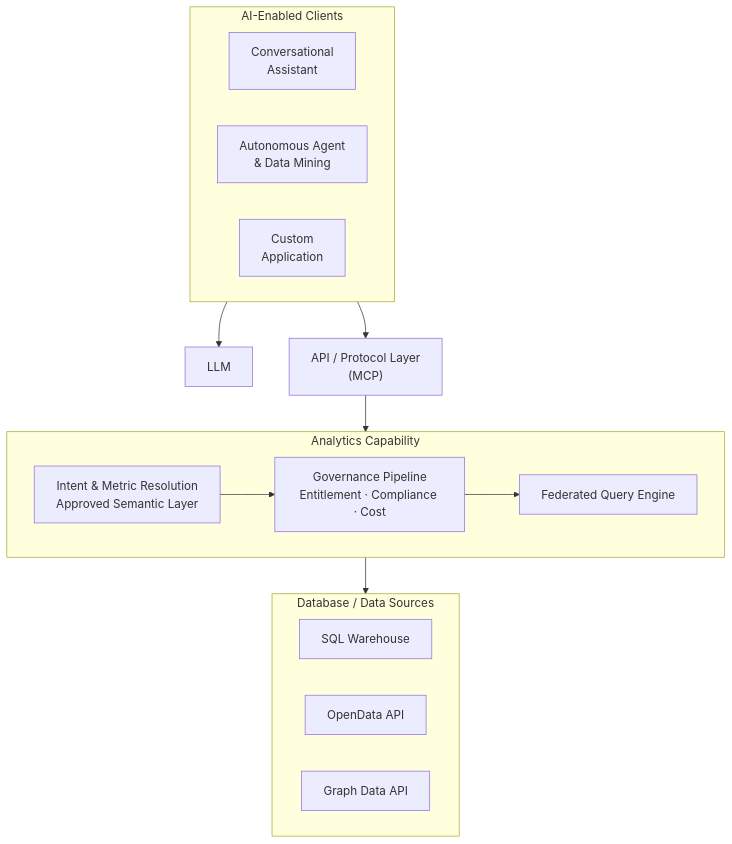
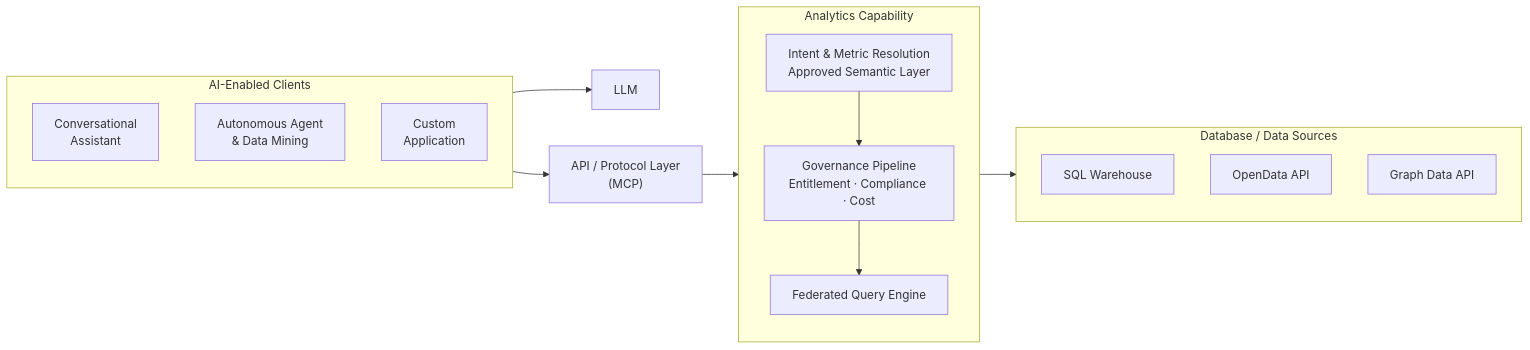
Before and after one commit to M-A-Operating-System/shared-work: the second of 2 diagrams in docs/product/analytics/00-overview.md, drawn with Mermaid. The commit also changed other lines of this file, not shown here.

First line of the commit message:
docs(analytics): remove HTML table, stack diagrams vertically with LR outer TB inner

````diff
--- a/docs/product/analytics/00-overview.md
+++ b/docs/product/analytics/00-overview.md
@@ -142,29 +139,29 @@
 ```mermaid
-flowchart TB
+flowchart LR
     subgraph clients["AI-Enabled Clients"]
-        direction LR
+        direction TB
         C1["Conversational\nAssistant"]
         C2["Autonomous Agent\n& Data Mining"]
         C3["Custom\nApplication"]
     end
     L["LLM"]
     M["API / Protocol Layer\n(MCP)"]
     subgraph platform["Analytics Capability"]
-        direction LR
+        direction TB
         P1["Intent & Metric Resolution\nApproved Semantic Layer"]
         P2["Governance Pipeline\nEntitlement · Compliance · Cost"]
         P3["Federated Query Engine"]
     end
     subgraph data["Database / Data Sources"]
-        direction LR
+        direction TB
         D1["SQL Warehouse"]
         D2["OpenData API"]
         D3["Graph Data API"]
     end
     clients --> L
     clients --> M
     M --> P1
     P1 --> P2
     P2 --> P3
     P3 --> data
 ```
````
